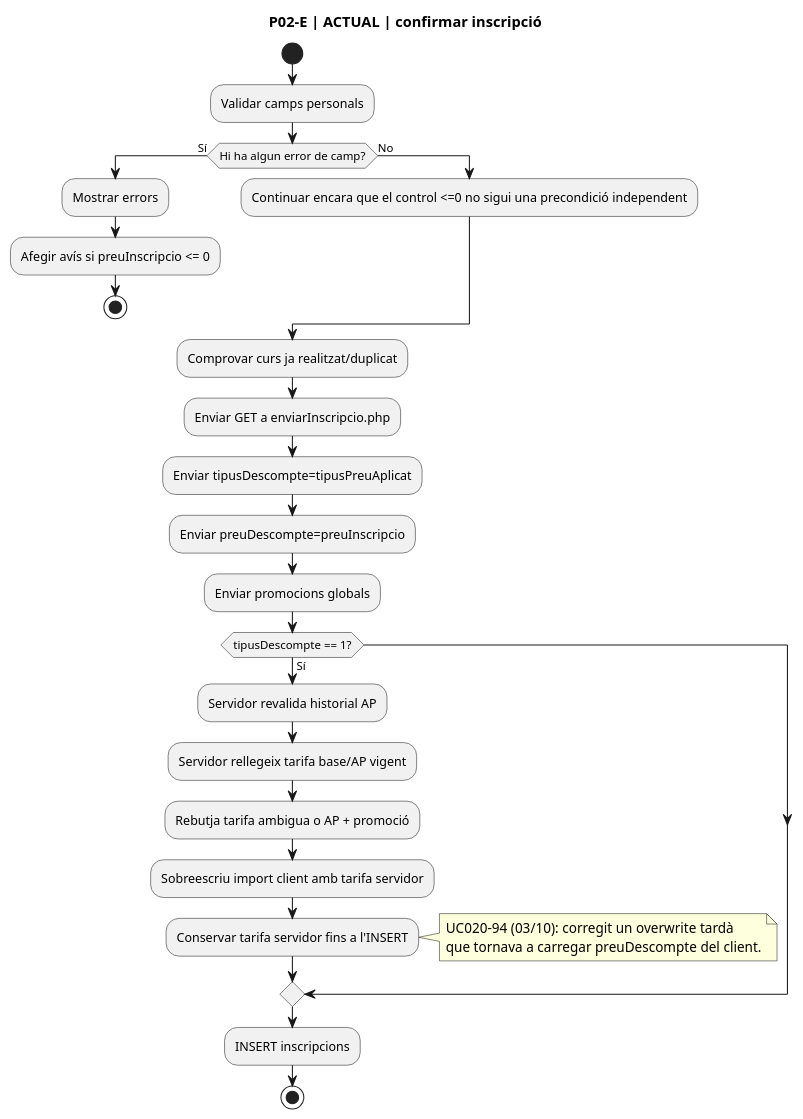
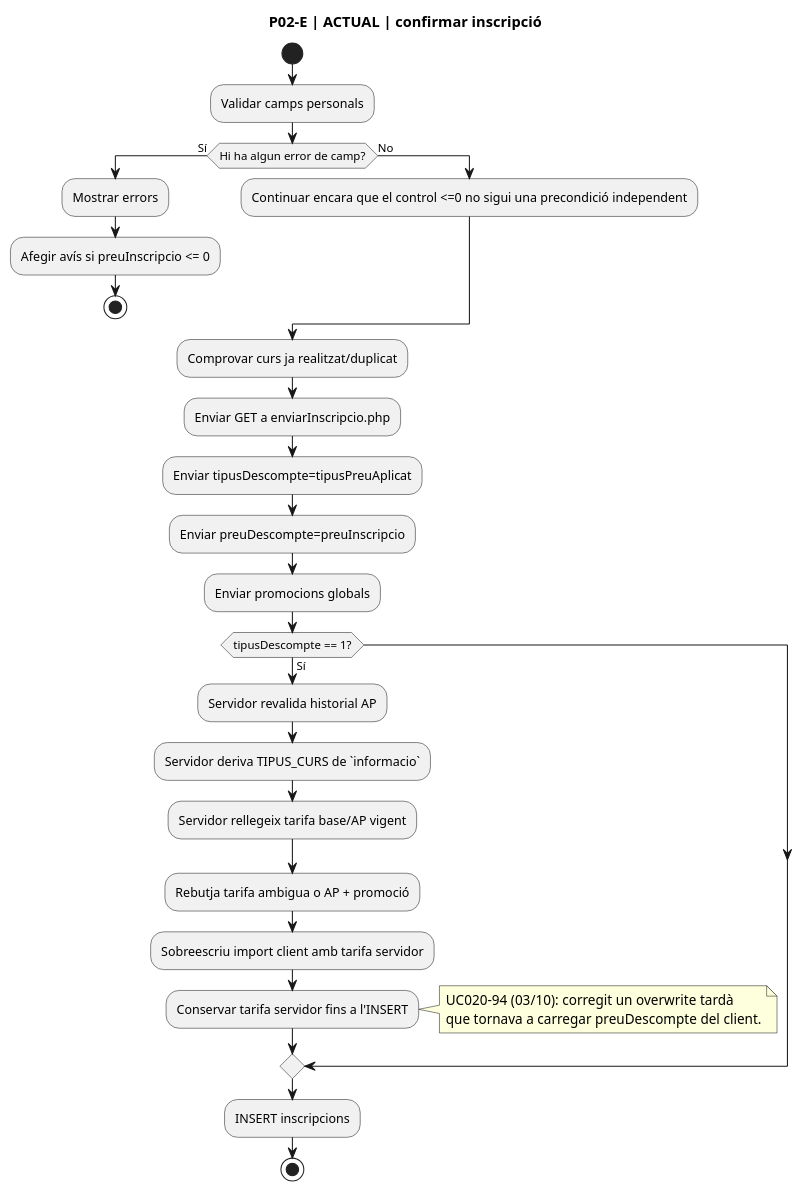
Before and after one commit to orgmeriemprismacat-del/verifactu: the eighth of 25 diagrams in documentacio/07-uml-integrat/uc-020-activitats-pagines-actual-final.md, drawn with PlantUML.

Commit message:
docs(UC-020): reflect server-authoritative course type in activities

````diff
--- a/documentacio/07-uml-integrat/uc-020-activitats-pagines-actual-final.md
+++ b/documentacio/07-uml-integrat/uc-020-activitats-pagines-actual-final.md
@@ -183,32 +183,33 @@
 ```plantuml
 @startuml
 title P02-E | ACTUAL | confirmar inscripció
 start
 :Validar camps personals;
 if (Hi ha algun error de camp?) then (Sí)
  :Mostrar errors;
  :Afegir avís si preuInscripcio <= 0;
  stop
 else (No)
  :Continuar encara que el control <=0 no sigui una precondició independent;
 endif
 :Comprovar curs ja realitzat/duplicat;
 :Enviar GET a enviarInscripcio.php;
 :Enviar tipusDescompte=tipusPreuAplicat;
 :Enviar preuDescompte=preuInscripcio;
 :Enviar promocions globals;
 if (tipusDescompte == 1?) then (Sí)
  :Servidor revalida historial AP;
+ :Servidor deriva TIPUS_CURS de `informacio`;
  :Servidor rellegeix tarifa base/AP vigent;
  :Rebutja tarifa ambigua o AP + promoció;
  :Sobreescriu import client amb tarifa servidor;
 :Conservar tarifa servidor fins a l'INSERT;
 note right
   UC020-94 (03/10): corregit un overwrite tardà
   que tornava a carregar preuDescompte del client.
 end note
 endif
 :INSERT inscripcions;
 stop
 @enduml
 ```
````
